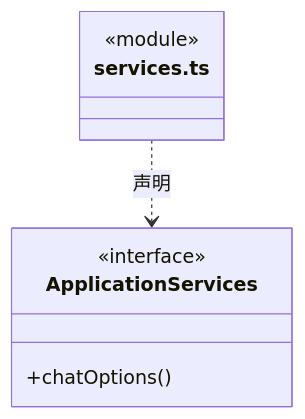
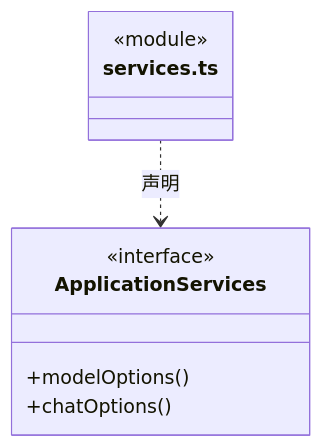
Diagram 14 of 22 in src/bridge/server/ipc/ARCHITECTURE.md (nan023062/cbim), drawn with Mermaid before and after one commit. The commit also changed other lines of this file and 131 other files, not shown here.

````diff
--- a/src/bridge/server/ipc/ARCHITECTURE.md
+++ b/src/bridge/server/ipc/ARCHITECTURE.md
@@ -231,11 +231,12 @@
 ```mermaid
 classDiagram
 class N_src_bridge_server_ipc_services_ts["services.ts"] {
   <<module>>
 }
 class N_src_bridge_server_ipc_services_ts_ApplicationServices["ApplicationServices"] {
   <<interface>>
+  +modelOptions()
   +chatOptions()
 }
 N_src_bridge_server_ipc_services_ts ..> N_src_bridge_server_ipc_services_ts_ApplicationServices : 声明
 ```
````
